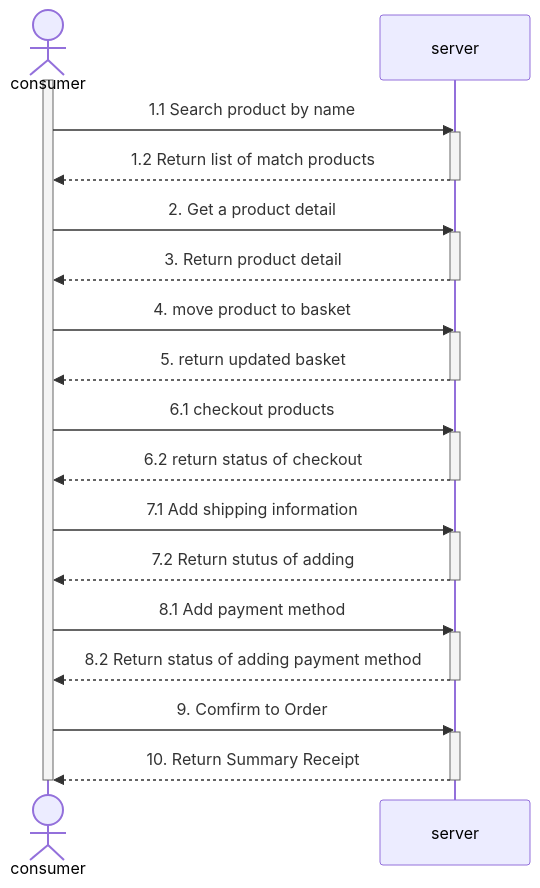
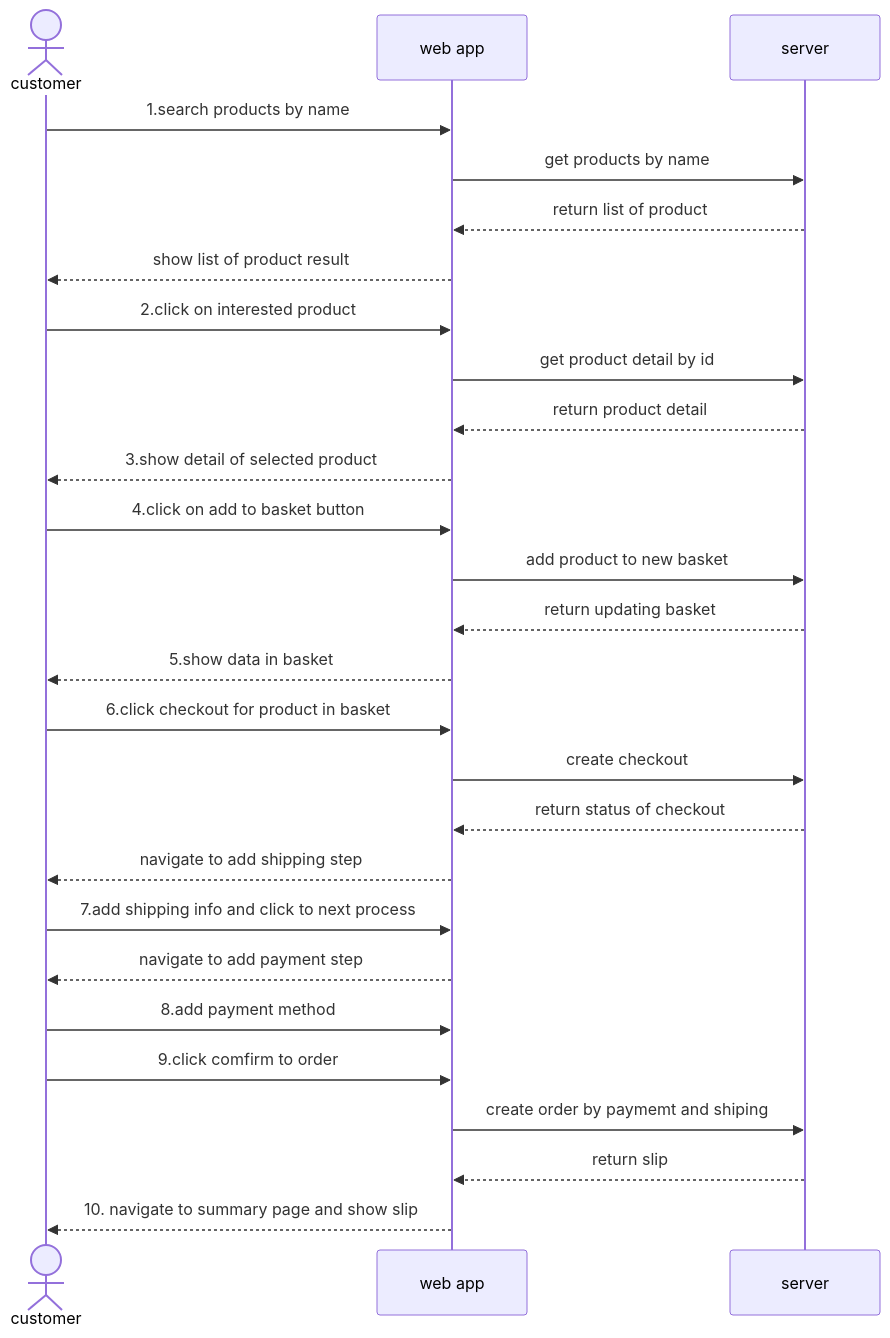
The diagram in READMe.md (FkySaharat/assignment-java-boot-camp), drawn with Mermaid before and after one commit. The commit also changed other lines of this file, not shown here.

Commit message:
feat: update READMe.md Ref #1

````diff
--- a/READMe.md
+++ b/READMe.md
@@ -3,43 +3,36 @@
 ```mermaid
 sequenceDiagram
-    actor consumer
+    actor customer
+    participant web app
     participant server
     
-    activate consumer
-    consumer->>server: 1.1 Search product by name
-    activate server
-    server-->>consumer: 1.2 Return list of match products
-    deactivate server
+   
+    customer->>web app: 1.search products by name
+    web app->>server: get products by name
+    server-->>web app: return list of product
+    web app-->> customer: show list of product result
      
-    consumer->>server: 2. Get a product detail
-    activate server
-    server-->>consumer: 3. Return product detail
-    deactivate server
+    customer->>web app: 2.click on interested product
+    web app->>server: get product detail by id
+    server-->>web app: return product detail
+    web app-->> customer: 3.show detail of selected product
     
-    consumer->>server: 4. move product to basket
-    activate server
-    server-->>consumer: 5. return updated basket
-    deactivate server
+    customer->>web app: 4.click on add to basket button
+    web app->>server: add product to new basket
+    server-->>web app: return updating basket
+    web app-->> customer: 5.show data in basket
     
-    consumer->>server: 6.1 checkout products
-    activate server
-    server-->>consumer: 6.2 return status of checkout
-    deactivate server
+    customer->>web app: 6.click checkout for product in basket
+    web app->>server: create checkout
+    server-->>web app: return status of checkout
+    web app-->> customer: navigate to add shipping step
     
-    consumer->>server: 7.1 Add shipping information
-    activate server
-    server-->>consumer: 7.2 Return stutus of adding
-    deactivate server
-    
-    consumer->>server: 8.1 Add payment method
-    activate server
-    server-->>consumer: 8.2 Return status of adding payment method
-    deactivate server
-    
-    consumer->>server: 9. Comfirm to Order
-    activate server
-    server-->>consumer: 10. Return Summary Receipt
-    deactivate server
-    
-    deactivate consumer
+    customer->>web app: 7.add shipping info and click to next process
+    web app-->> customer: navigate to add payment step
+    customer->>web app: 8.add payment method 
+    customer->>web app: 9.click comfirm to order
+    web app->>server: create order by paymemt and shiping 
+    server-->>web app: return slip
+    web app-->> customer:10. navigate to summary page and show slip
+   
 ```
````
